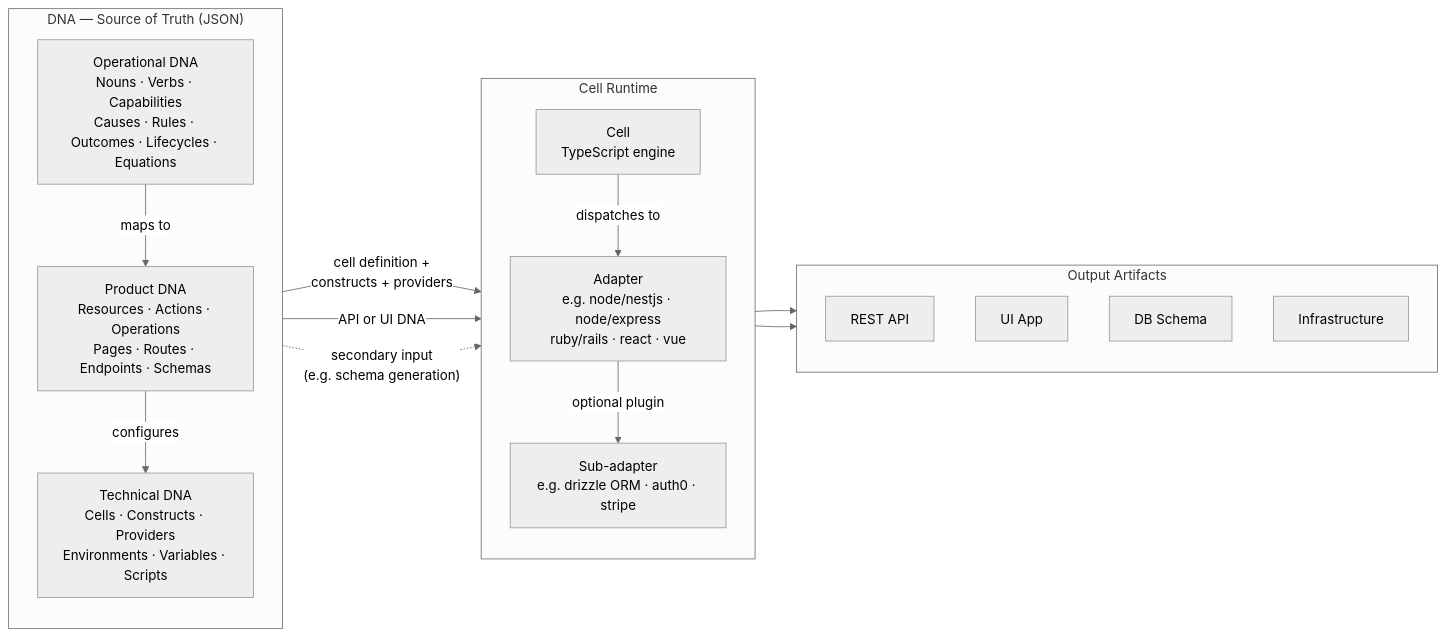
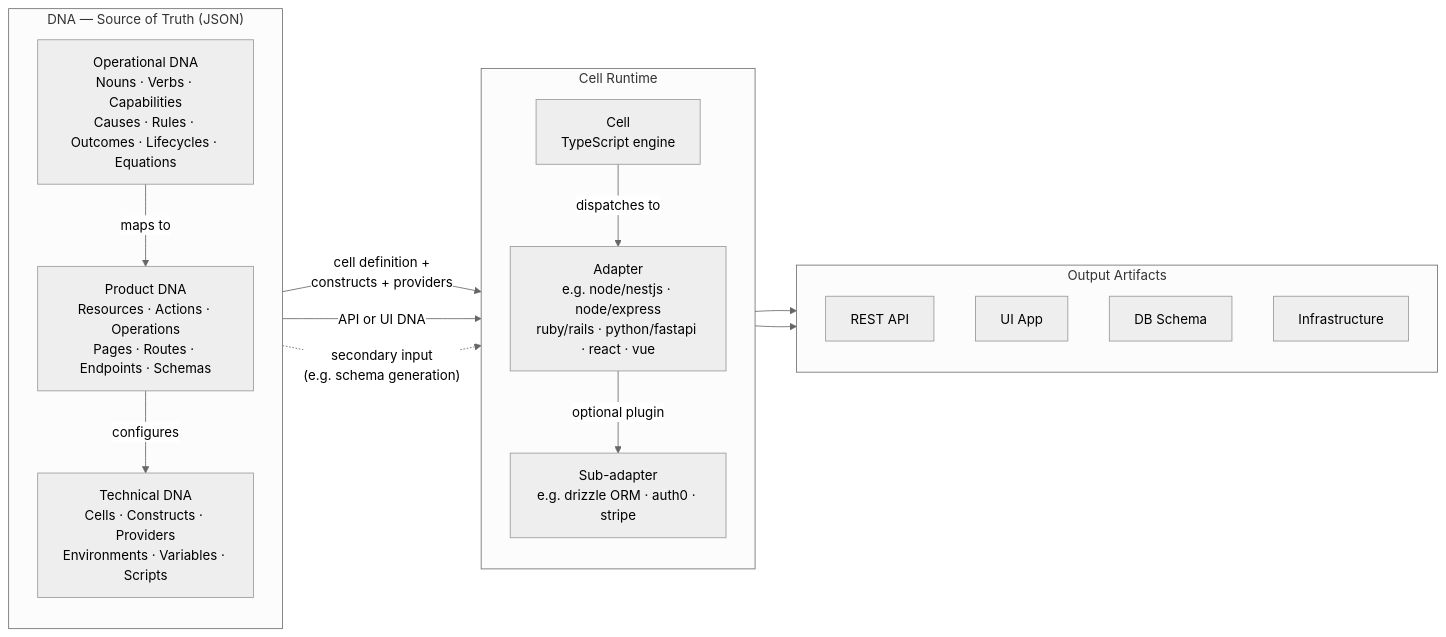
Before and after one commit to upgrade-solutions/cell-based-architecture: the diagram in README.md, drawn with Mermaid (neutral theme). The commit also changed other lines of this file and 16 other files, not shown here.

Commit message:
Add python/fastapi adapter to api-cell — generates FastAPI app from Product DNA

````diff
--- a/README.md
+++ b/README.md
@@ -135,34 +135,34 @@
 ```mermaid
 flowchart LR
     subgraph Layers["DNA — Source of Truth (JSON)"]
         direction TB
         OP["Operational DNA\nNouns · Verbs · Capabilities\nCauses · Rules · Outcomes · Lifecycles · Equations"]
         PROD["Product DNA\nResources · Actions · Operations\nPages · Routes · Endpoints · Schemas"]
         TECH["Technical DNA\nCells · Constructs · Providers\nEnvironments · Variables · Scripts"]
         OP -->|"maps to"| PROD
         PROD -->|"configures"| TECH
     end
 
     subgraph CellRuntime["Cell Runtime"]
         direction TB
         CELL["Cell\nTypeScript engine"]
-        ADAPTER["Adapter\ne.g. node/nestjs · node/express\nruby/rails · react · vue"]
+        ADAPTER["Adapter\ne.g. node/nestjs · node/express\nruby/rails · python/fastapi · react · vue"]
         SUBADAPTER["Sub-adapter\ne.g. drizzle ORM · auth0 · stripe"]
         CELL -->|"dispatches to"| ADAPTER
         ADAPTER -->|"optional plugin"| SUBADAPTER
     end
 
     TECH -->|"cell definition +\nconstructs + providers"| CELL
     PROD -->|"API or UI DNA"| CELL
     OP -.->|"secondary input\n(e.g. schema generation)"| CELL
 
     subgraph Artifacts["Output Artifacts"]
         API["REST API"]
         UI["UI App"]
         DB["DB Schema"]
         INFRA["Infrastructure"]
     end
 
     ADAPTER --> Artifacts
     SUBADAPTER --> Artifacts
 ```
````
